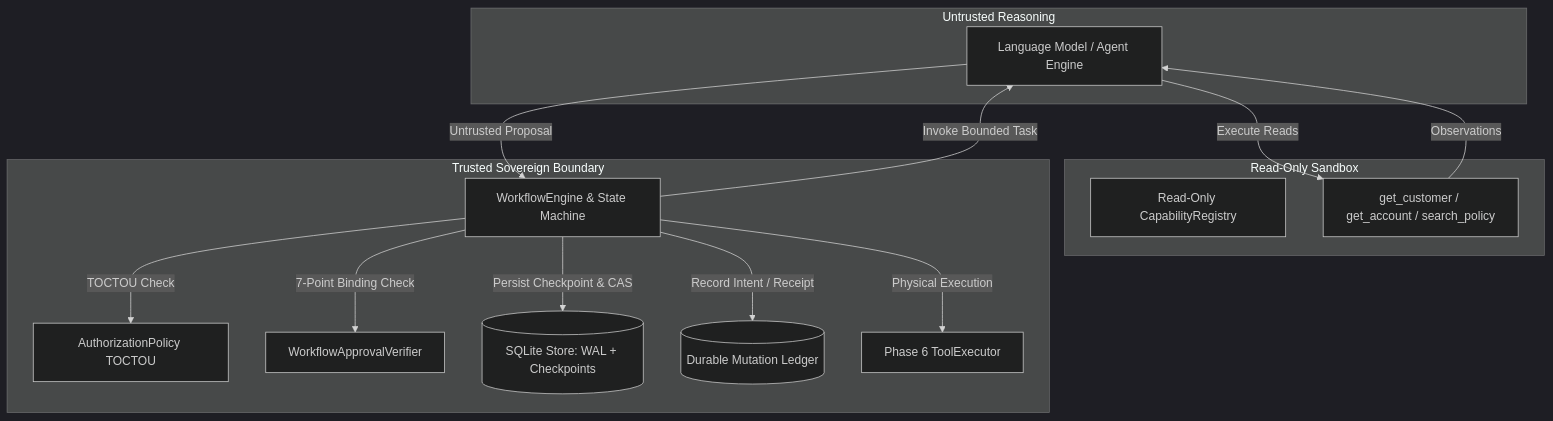
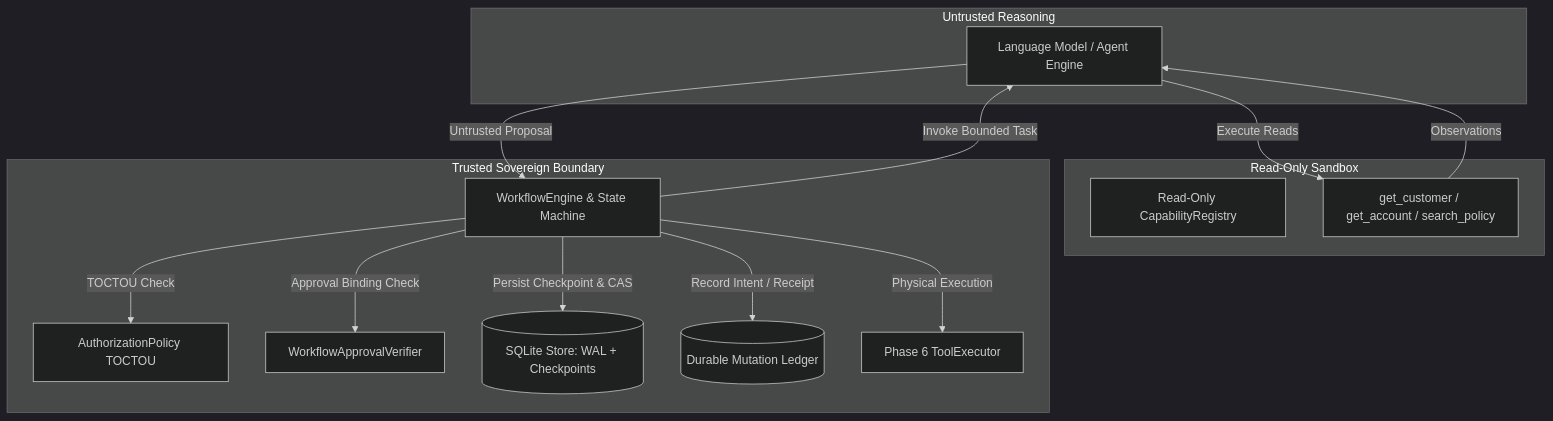
Before and after one commit to avadhut-kore/ai-application-architecture: the diagram in examples/agentic-workflow/threat-model.md, drawn with Mermaid (dark theme). The commit also changed other lines of this file and 304 other files, not shown here.

First line of the commit message:
fix(architecture): complete phase 1-7 remediation and verification

````diff
--- a/examples/agentic-workflow/threat-model.md
+++ b/examples/agentic-workflow/threat-model.md
@@ -14,30 +14,30 @@
 ```mermaid
 graph TD
     subgraph Untrusted Reasoning
         LLM[Language Model / Agent Engine]
     end
 
     subgraph Read-Only Sandbox
         REG[Read-Only CapabilityRegistry]
         RO_TOOLS[get_customer / get_account / search_policy]
     end
 
     subgraph Trusted Sovereign Boundary
         WF[WorkflowEngine & State Machine]
         AUTH[AuthorizationPolicy TOCTOU]
         VERIF[WorkflowApprovalVerifier]
         STORE[(SQLite Store: WAL + Checkpoints)]
         LEDGER[(Durable Mutation Ledger)]
         EXEC[Phase 6 ToolExecutor]
     end
 
     LLM -->|Untrusted Proposal| WF
     WF -->|Invoke Bounded Task| LLM
     LLM -->|Execute Reads| RO_TOOLS
     RO_TOOLS -->|Observations| LLM
     WF -->|TOCTOU Check| AUTH
-    WF -->|7-Point Binding Check| VERIF
+    WF -->|Approval Binding Check| VERIF
     WF -->|Persist Checkpoint & CAS| STORE
     WF -->|Record Intent / Receipt| LEDGER
     WF -->|Physical Execution| EXEC
 ```
````
